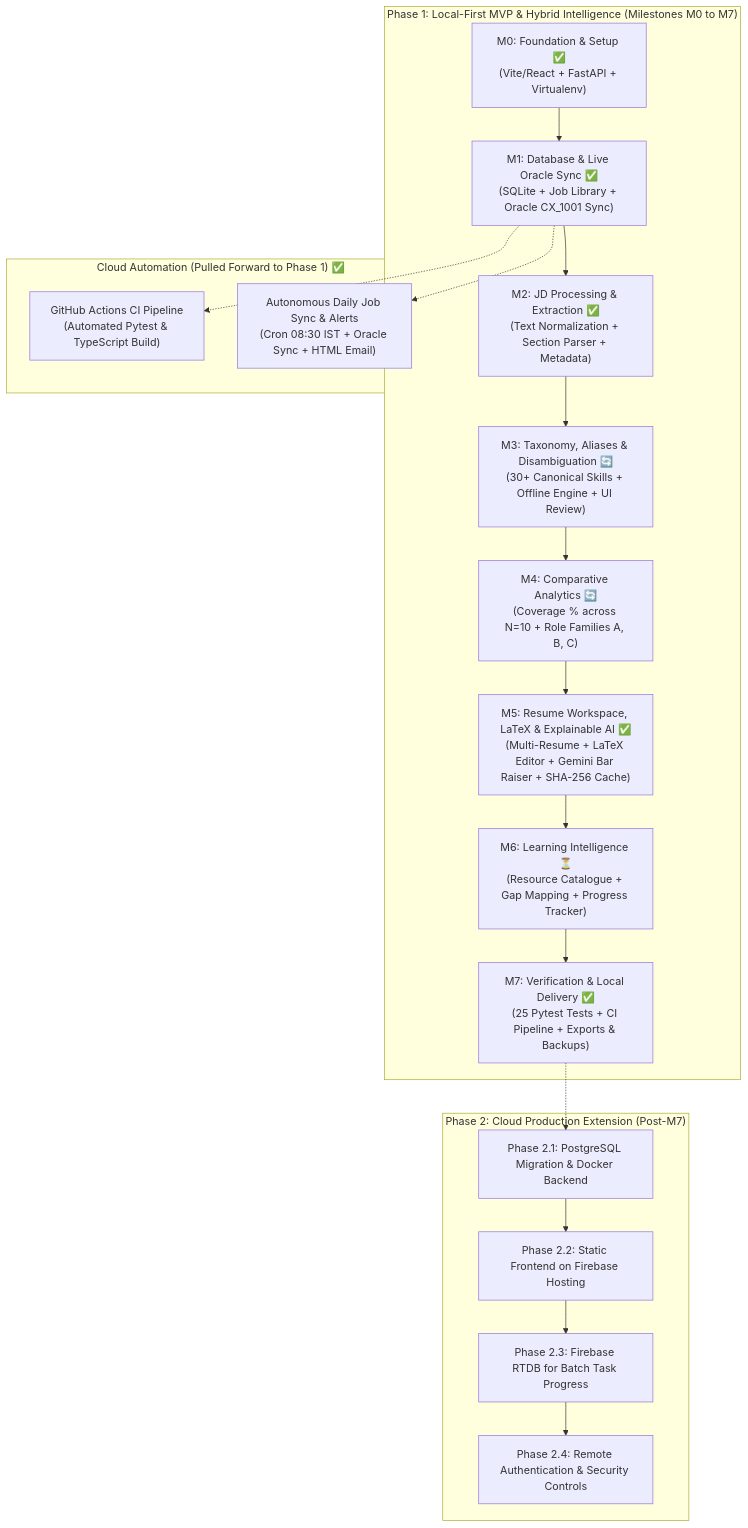
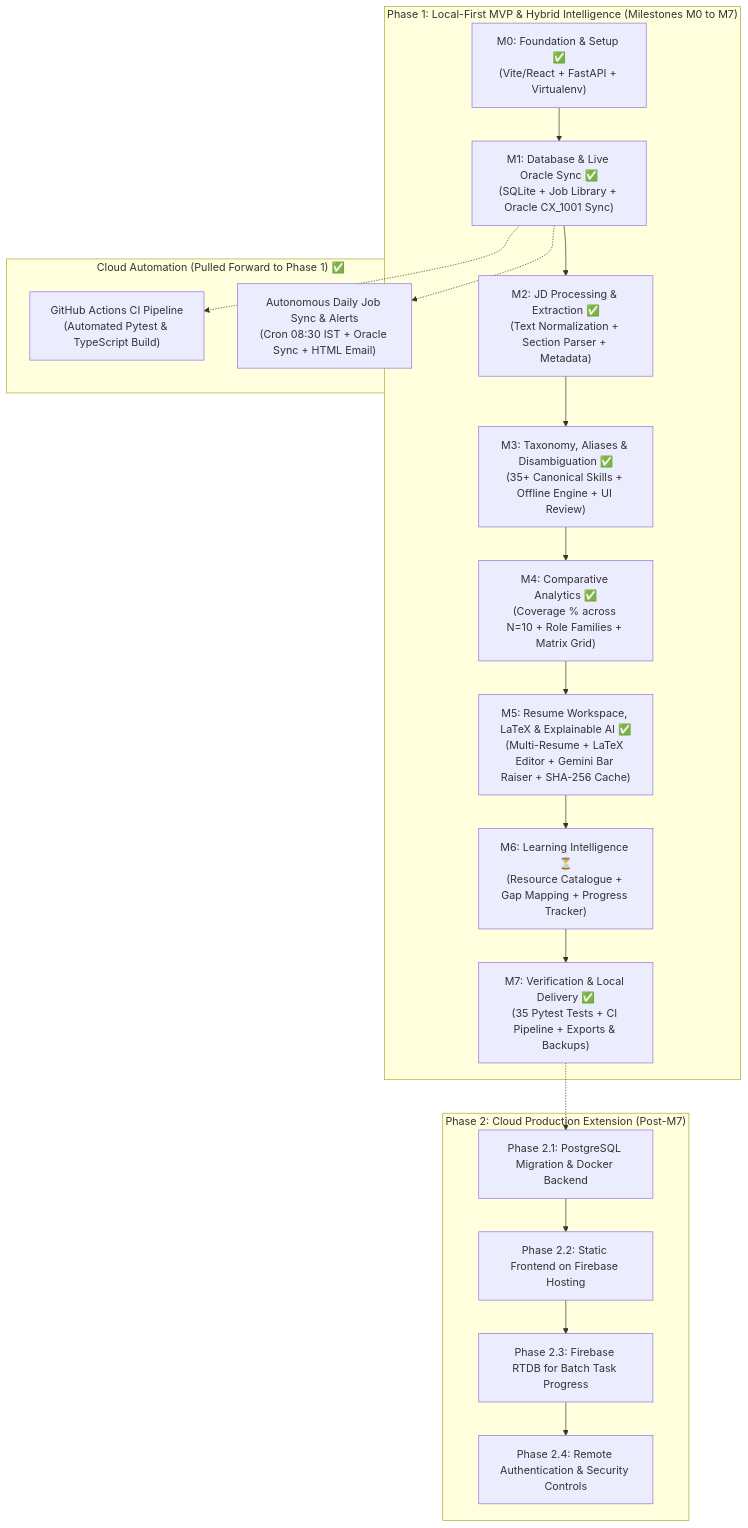
One commit to myself-moons/JP_Morgan_Career_Intelligence changed the diagram in .docs/phases.md. Above: the diagram before and after it, drawn with Mermaid. The commit also changed other lines of this file and 7 other files, not shown here.

Commit message:
docs: align all specifications to v2.0, showcase core capabilities in README, and harmonize roadmap

````diff
--- a/.docs/phases.md
+++ b/.docs/phases.md
@@ -11,24 +11,24 @@
 ```mermaid
 flowchart TD
     subgraph Phase1["Phase 1: Local-First MVP & Hybrid Intelligence (Milestones M0 to M7)"]
         M0["M0: Foundation & Setup ✅<br>(Vite/React + FastAPI + Virtualenv)"] --> M1["M1: Database & Live Oracle Sync ✅<br>(SQLite + Job Library + Oracle CX_1001 Sync)"]
         M1 --> M2["M2: JD Processing & Extraction ✅<br>(Text Normalization + Section Parser + Metadata)"]
-        M2 --> M3["M3: Taxonomy, Aliases & Disambiguation 🔄<br>(30+ Canonical Skills + Offline Engine + UI Review)"]
-        M3 --> M4["M4: Comparative Analytics 🔄<br>(Coverage % across N=10 + Role Families A, B, C)"]
+        M2 --> M3["M3: Taxonomy, Aliases & Disambiguation ✅<br>(35+ Canonical Skills + Offline Engine + UI Review)"]
+        M3 --> M4["M4: Comparative Analytics ✅<br>(Coverage % across N=10 + Role Families + Matrix Grid)"]
         M4 --> M5["M5: Resume Workspace, LaTeX & Explainable AI ✅<br>(Multi-Resume + LaTeX Editor + Gemini Bar Raiser + SHA-256 Cache)"]
         M5 --> M6["M6: Learning Intelligence ⏳<br>(Resource Catalogue + Gap Mapping + Progress Tracker)"]
-        M6 --> M7["M7: Verification & Local Delivery ✅<br>(25 Pytest Tests + CI Pipeline + Exports & Backups)"]
+        M6 --> M7["M7: Verification & Local Delivery ✅<br>(35 Pytest Tests + CI Pipeline + Exports & Backups)"]
     end
 
     subgraph Phase1_Cloud["Cloud Automation (Pulled Forward to Phase 1) ✅"]
         M1 -.-> GHA_CI["GitHub Actions CI Pipeline<br>(Automated Pytest & TypeScript Build)"]
         M1 -.-> GHA_Cron["Autonomous Daily Job Sync & Alerts<br>(Cron 08:30 IST + Oracle Sync + HTML Email)"]
     end
 
     subgraph Phase2["Phase 2: Cloud Production Extension (Post-M7)"]
         M7 -.-> P2_1["Phase 2.1: PostgreSQL Migration & Docker Backend"]
         P2_1 --> P2_2["Phase 2.2: Static Frontend on Firebase Hosting"]
         P2_2 --> P2_3["Phase 2.3: Firebase RTDB for Batch Task Progress"]
         P2_3 --> P2_4["Phase 2.4: Remote Authentication & Security Controls"]
     end
 ```
````
